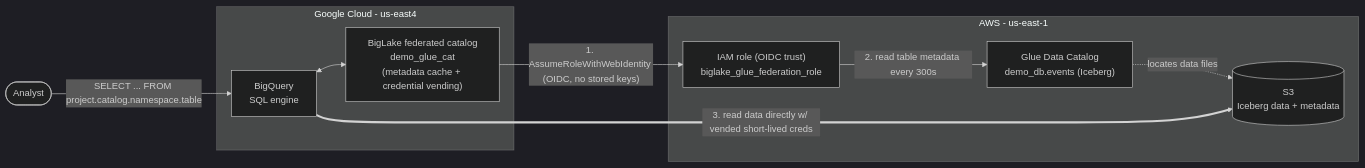
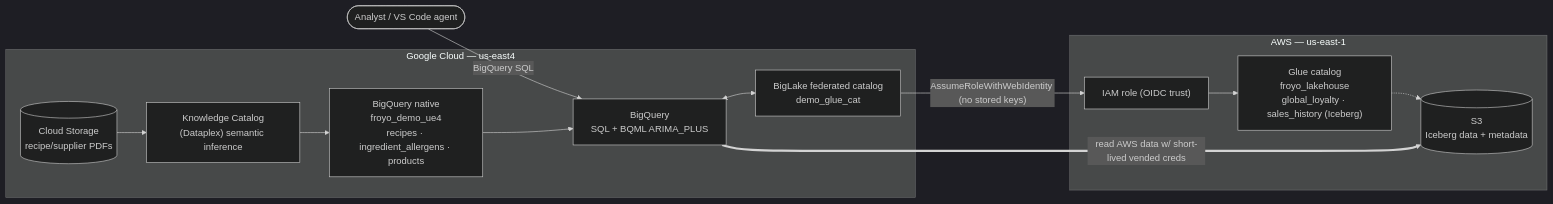
The diagram in bq_cross_cloud_lakehouse/README.md (johanesalxd/random-stuff), drawn with Mermaid (dark theme) before and after one commit. The commit also changed other lines of this file and 33 other files, not shown here.

First line of the commit message:
feat(bq_cross_cloud_lakehouse): self-contained Froyo keynote demo (codelab + AWS cross-cloud arm)

````diff
--- a/bq_cross_cloud_lakehouse/README.md
+++ b/bq_cross_cloud_lakehouse/README.md
@@ -15,18 +37,20 @@
 ```mermaid
 flowchart LR
-    USER([Analyst]) -->|"SELECT ... FROM project.catalog.namespace.table"| BQ
-    subgraph GCP["Google Cloud - us-east4"]
-        BQ["BigQuery<br/>SQL engine"]
-        CAT["BigLake federated catalog<br/>demo_glue_cat<br/>(metadata cache + credential vending)"]
+    USER([Analyst / VS&nbsp;Code agent]) -->|BigQuery SQL| BQ
+    subgraph GCP["Google Cloud — us-east4"]
+        PDFS[("Cloud Storage<br/>recipe/supplier PDFs")]
+        KC["Knowledge Catalog<br/>(Dataplex) semantic inference"]
+        NATIVE["BigQuery native<br/>froyo_demo_ue4<br/>recipes · ingredient_allergens · products"]
+        BQ["BigQuery<br/>SQL + BQML ARIMA_PLUS"]
+        CAT["BigLake federated catalog<br/>demo_glue_cat"]
+        PDFS --> KC --> NATIVE --> BQ
         BQ <--> CAT
     end
-    subgraph AWS["AWS - us-east-1"]
-        ROLE["IAM role (OIDC trust)<br/>biglake_glue_federation_role"]
-        GLUE["Glue Data Catalog<br/>demo_db.events (Iceberg)"]
+    subgraph AWS["AWS — us-east-1"]
+        ROLE["IAM role (OIDC trust)"]
+        GLUE["Glue catalog<br/>froyo_lakehouse<br/>global_loyalty · sales_history (Iceberg)"]
         S3[("S3<br/>Iceberg data + metadata")]
     end
-    CAT -->|"1. AssumeRoleWithWebIdentity (OIDC, no stored keys)"| ROLE
-    ROLE -->|"2. read table metadata every 300s"| GLUE
-    GLUE -.->|"locates data files"| S3
-    BQ ==>|"3. read data directly w/ vended short-lived creds"| S3
+    CAT -->|"AssumeRoleWithWebIdentity (no stored keys)"| ROLE --> GLUE -.-> S3
+    BQ ==>|"read AWS data w/ short-lived vended creds"| S3
 ```
````
